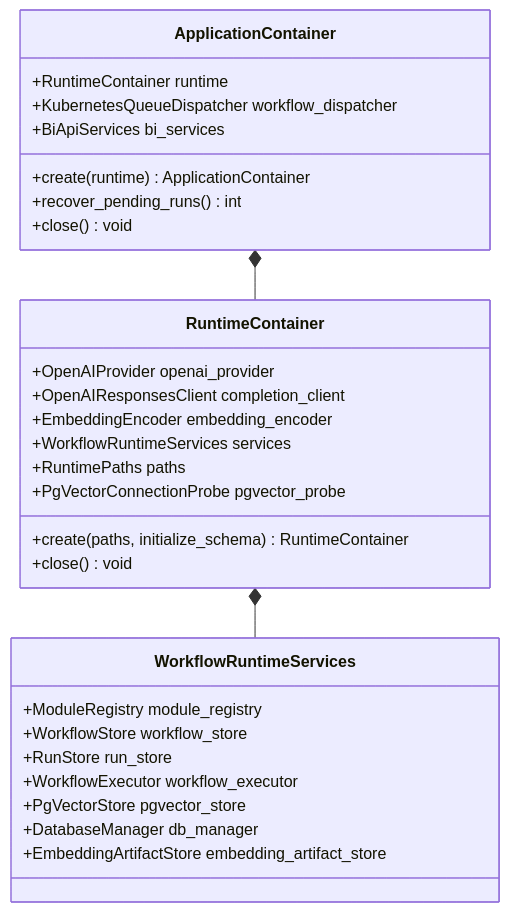
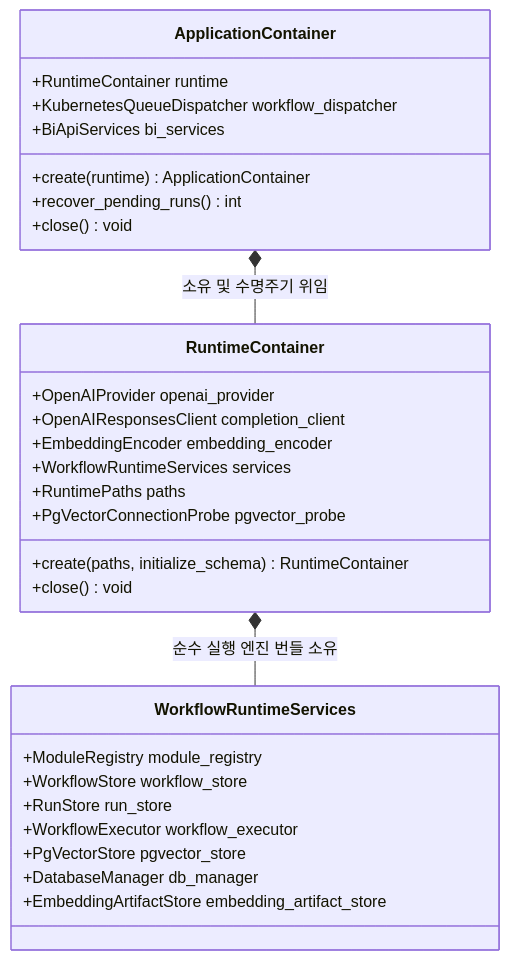
One commit to bist-mini-final/bist-mini-final changed the third of 3 diagrams in docs/01_system_blueprints/BP-101_system_architecture_blueprint.md. Above: the diagram before and after it, drawn with Mermaid. The commit also changed other lines of this file, not shown here.

Commit message:
docs: exhaustively document Chapter 3 Bootstrap DI Container architecture, fields, and layer placement rationale

````diff
--- a/docs/01_system_blueprints/BP-101_system_architecture_blueprint.md
+++ b/docs/01_system_blueprints/BP-101_system_architecture_blueprint.md
@@ -148,35 +148,35 @@
 ```mermaid
 classDiagram
     class ApplicationContainer {
         +RuntimeContainer runtime
         +KubernetesQueueDispatcher workflow_dispatcher
         +BiApiServices bi_services
         +create(runtime) ApplicationContainer
         +recover_pending_runs() int
         +close() void
     }
 
     class RuntimeContainer {
         +OpenAIProvider openai_provider
         +OpenAIResponsesClient completion_client
         +EmbeddingEncoder embedding_encoder
         +WorkflowRuntimeServices services
         +RuntimePaths paths
         +PgVectorConnectionProbe pgvector_probe
         +create(paths, initialize_schema) RuntimeContainer
         +close() void
     }
 
     class WorkflowRuntimeServices {
         +ModuleRegistry module_registry
         +WorkflowStore workflow_store
         +RunStore run_store
         +WorkflowExecutor workflow_executor
         +PgVectorStore pgvector_store
         +DatabaseManager db_manager
         +EmbeddingArtifactStore embedding_artifact_store
     }
 
-    ApplicationContainer *-- RuntimeContainer
-    RuntimeContainer *-- WorkflowRuntimeServices
+    ApplicationContainer *-- RuntimeContainer : 소유 및 수명주기 위임
+    RuntimeContainer *-- WorkflowRuntimeServices : 순수 실행 엔진 번들 소유
 ```
````
